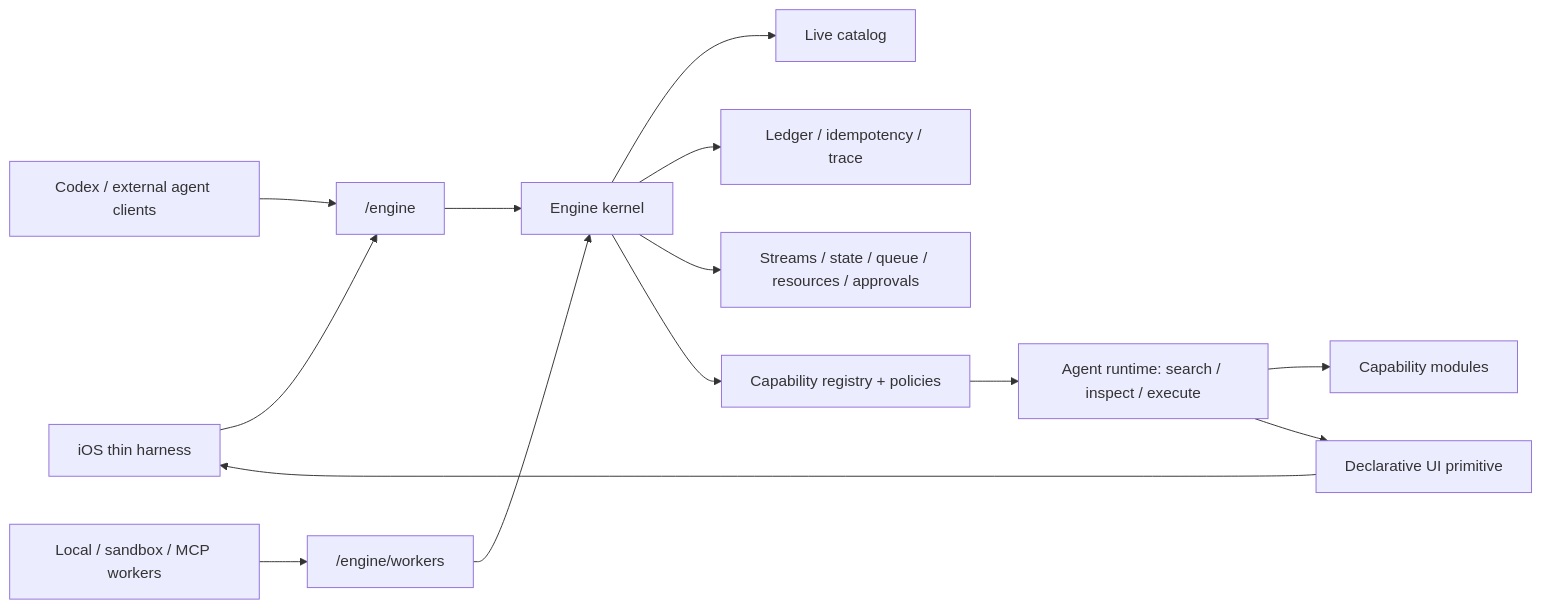
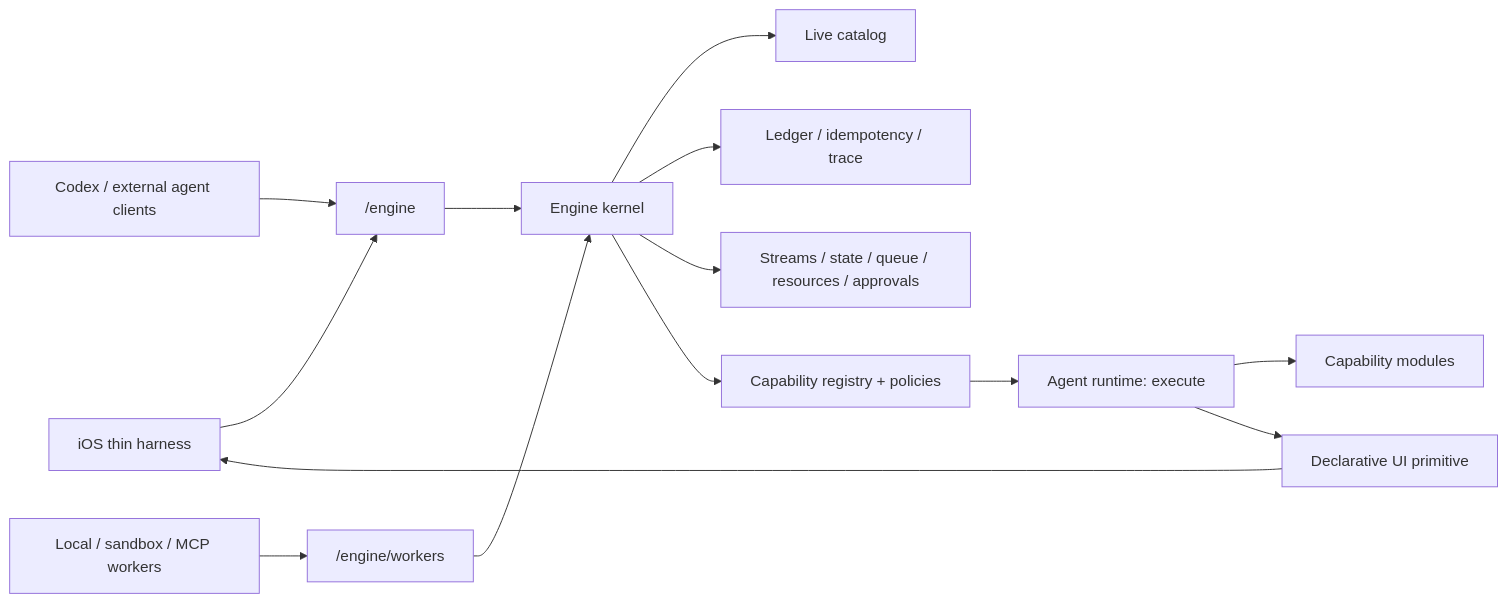
Before and after one commit to mhismail3/tron: the diagram in docs/modular-engine-audit.md, drawn with Mermaid. The commit also changed other lines of this file and 52 other files, not shown here.

````diff
--- a/docs/modular-engine-audit.md
+++ b/docs/modular-engine-audit.md
@@ -237,16 +237,16 @@
 ```mermaid
 flowchart LR
   IOS["iOS thin harness"] --> EngineWs["/engine"]
   Codex["Codex / external agent clients"] --> EngineWs
   Workers["Local / sandbox / MCP workers"] --> WorkerWs["/engine/workers"]
   EngineWs --> Kernel["Engine kernel"]
   WorkerWs --> Kernel
   Kernel --> Catalog["Live catalog"]
   Kernel --> Ledger["Ledger / idempotency / trace"]
   Kernel --> Streams["Streams / state / queue / resources / approvals"]
   Kernel --> Registry["Capability registry + policies"]
-  Registry --> Agent["Agent runtime: search / inspect / execute"]
+  Registry --> Agent["Agent runtime: execute"]
   Agent --> Modules["Capability modules"]
   Agent --> UI["Declarative UI primitive"]
   UI --> IOS
 ```
````
